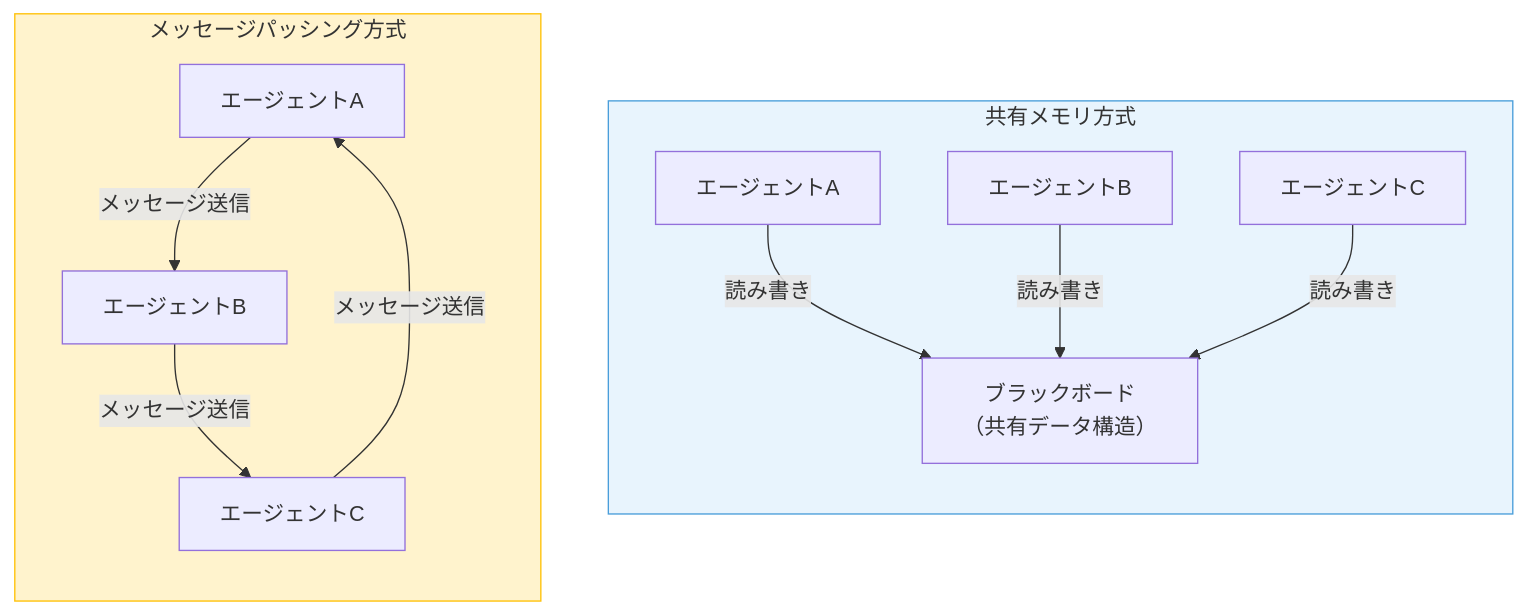
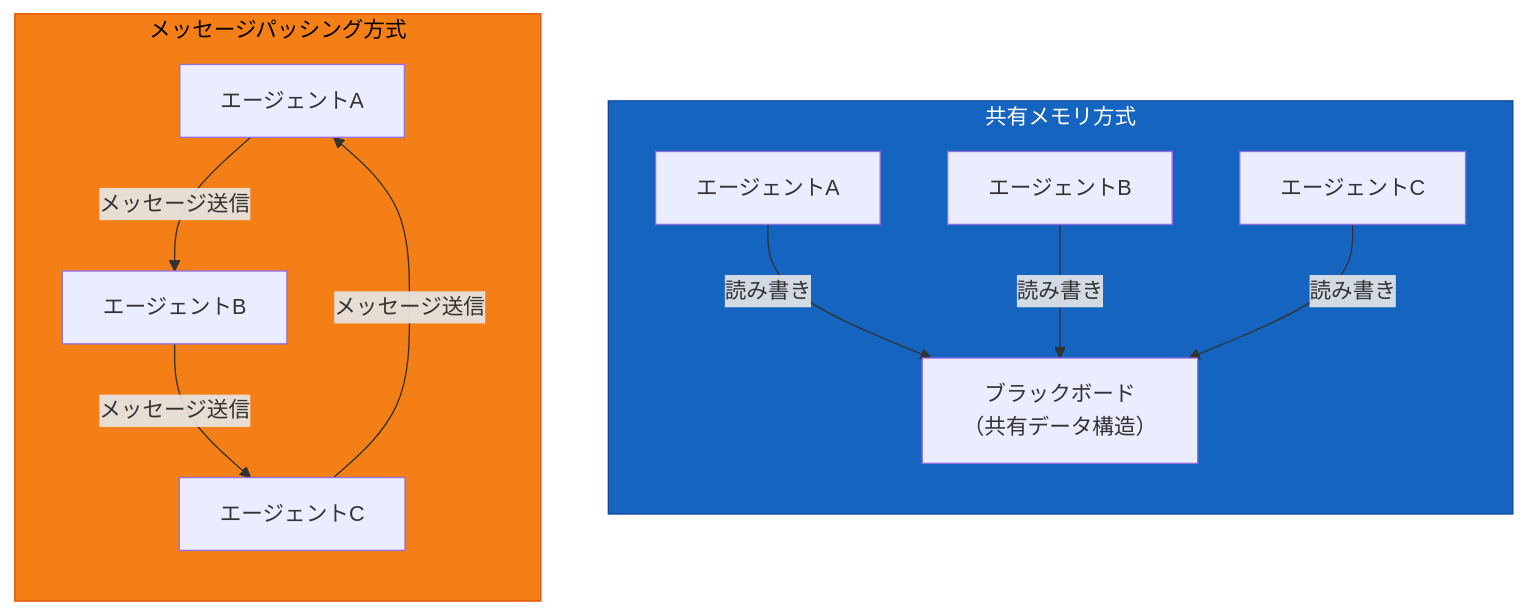
The second of 5 diagrams in manuscript/ch06/ch06.md (sogawa-yk/multi-agent-book), drawn with Mermaid before and after one commit. The commit also changed other lines of this file and 4 other files, not shown here.

````diff
--- a/manuscript/ch06/ch06.md
+++ b/manuscript/ch06/ch06.md
@@ -88,23 +96,23 @@
 ```mermaid
 graph TB
     subgraph 共有メモリ方式
         direction TB
         BB["ブラックボード<br/>（共有データ構造）"]
         SA1["エージェントA"] -->|"読み書き"| BB
         SA2["エージェントB"] -->|"読み書き"| BB
         SA3["エージェントC"] -->|"読み書き"| BB
     end
 
     subgraph メッセージパッシング方式
         direction TB
         MA1["エージェントA"]
         MA2["エージェントB"]
         MA3["エージェントC"]
         MA1 -->|"メッセージ送信"| MA2
         MA2 -->|"メッセージ送信"| MA3
         MA3 -->|"メッセージ送信"| MA1
     end
 
-    style 共有メモリ方式 fill:#e8f4fd,stroke:#4a9eda
-    style メッセージパッシング方式 fill:#fff3cd,stroke:#ffc107
+    style 共有メモリ方式 fill:#1565c0,stroke:#0d47a1,color:#ffffff
+    style メッセージパッシング方式 fill:#f57f17,stroke:#e65100,color:#000000
 ```
````
